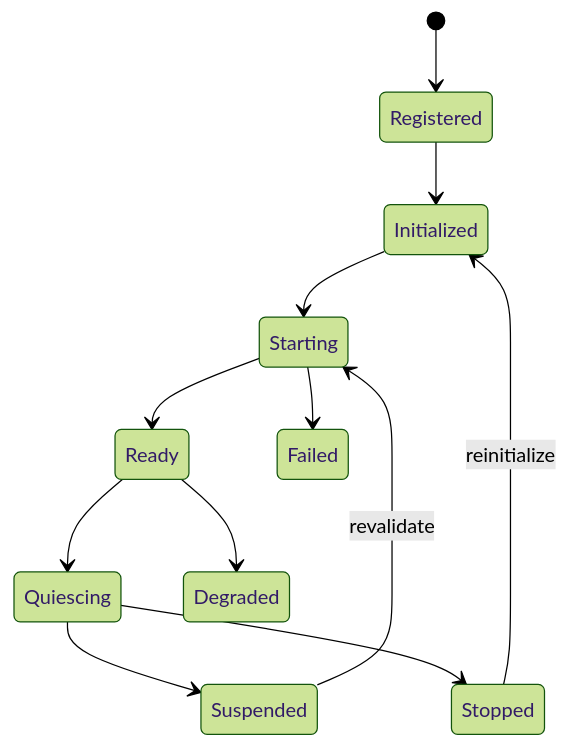
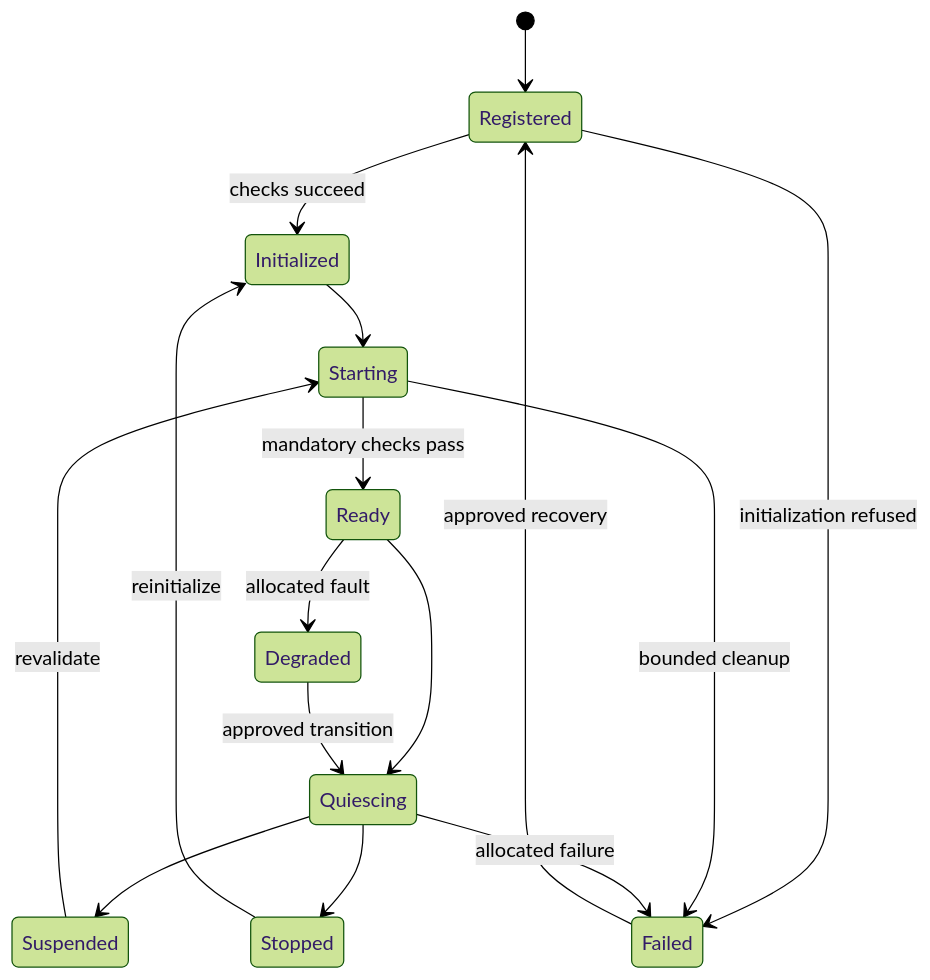
The diagram in docs/architecture/diagrams/D09.mmd (susmithmrm/ZARC), drawn with Mermaid (forest theme) before and after one commit. The commit also changed 10 other files, not shown here.

Commit message:
Synchronize lifecycle diagrams and public design-phase pages with Z12

```diff
--- a/docs/architecture/diagrams/D09.mmd
+++ b/docs/architecture/diagrams/D09.mmd
@@ -1,12 +1,16 @@
 stateDiagram-v2
   [*] --> Registered
-  Registered --> Initialized
+  Registered --> Initialized: checks succeed
+  Registered --> Failed: initialization refused
   Initialized --> Starting
-  Starting --> Ready
-  Starting --> Failed
+  Starting --> Ready: mandatory checks pass
+  Starting --> Failed: bounded cleanup
   Ready --> Quiescing
-  Ready --> Degraded
+  Ready --> Degraded: allocated fault
   Quiescing --> Suspended
   Quiescing --> Stopped
+  Quiescing --> Failed: allocated failure
   Suspended --> Starting: revalidate
   Stopped --> Initialized: reinitialize
+  Degraded --> Quiescing: approved transition
+  Failed --> Registered: approved recovery
```
